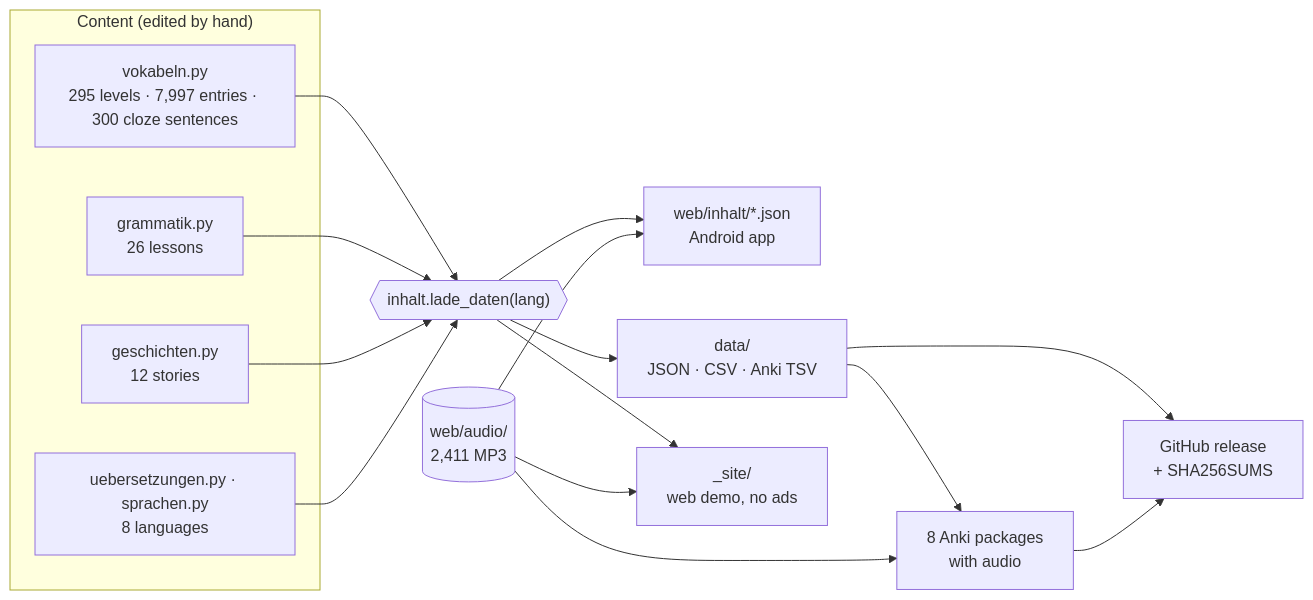
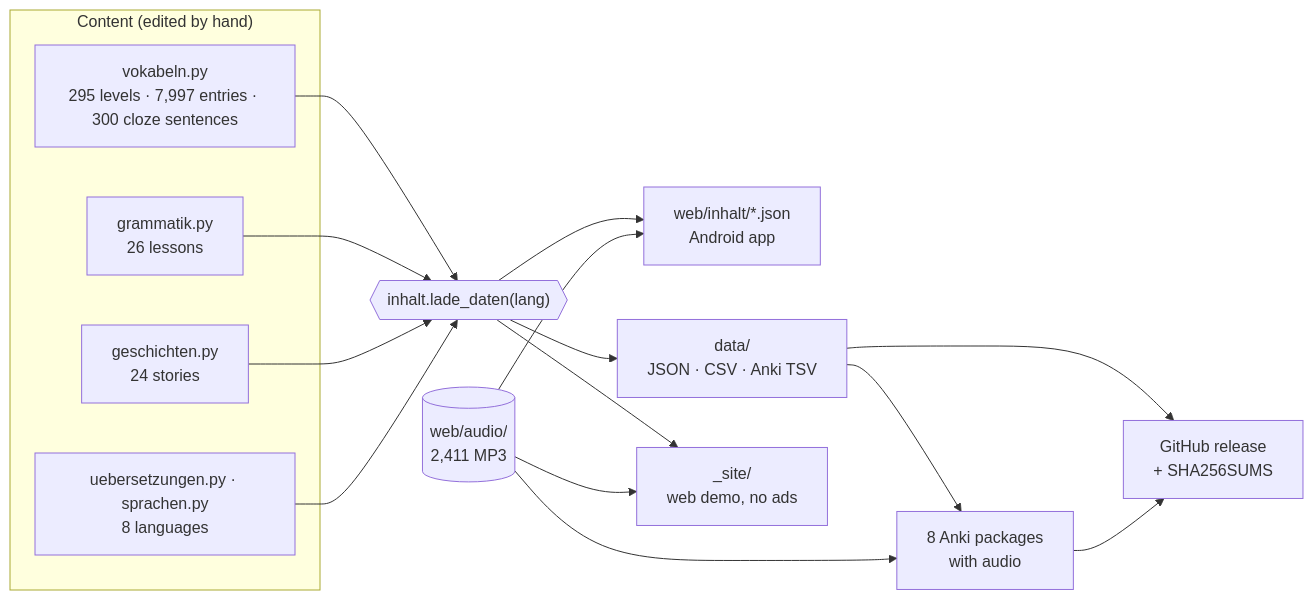
Before and after one commit to zmaj-lernapp/zmaj: the first of 2 diagrams in README.md, drawn with Mermaid. The commit also changed other lines of this file and 30 other files, not shown here.

````diff
--- a/README.md
+++ b/README.md
@@ -130,19 +130,19 @@
 ```mermaid
 flowchart LR
   subgraph src["Content (edited by hand)"]
     V["vokabeln.py<br/>295 levels · 7,997 entries · 300 cloze sentences"]
     G["grammatik.py<br/>26 lessons"]
-    S["geschichten.py<br/>12 stories"]
+    S["geschichten.py<br/>24 stories"]
     U["uebersetzungen.py · sprachen.py<br/>8 languages"]
   end
   L{{"inhalt.lade_daten(lang)"}}
   V & G & S & U --> L
   A[("web/audio/<br/>2,411 MP3")]
   L --> APP["web/inhalt/*.json<br/>Android app"]
   L --> DS["data/<br/>JSON · CSV · Anki TSV"]
   L --> DEMO["_site/<br/>web demo, no ads"]
   DS --> ANKI["8 Anki packages<br/>with audio"]
   A --> APP & DEMO & ANKI
   DS --> REL["GitHub release<br/>+ SHA256SUMS"]
   ANKI --> REL
 ```
````
